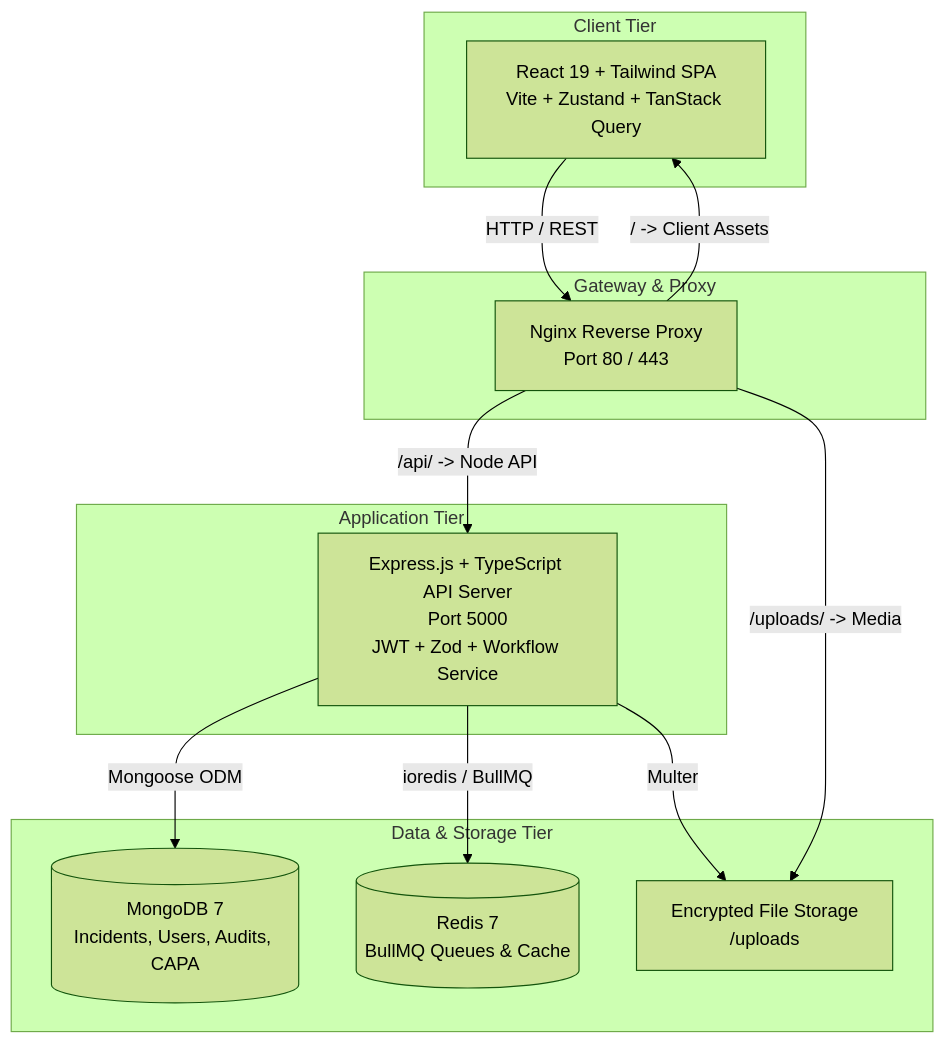
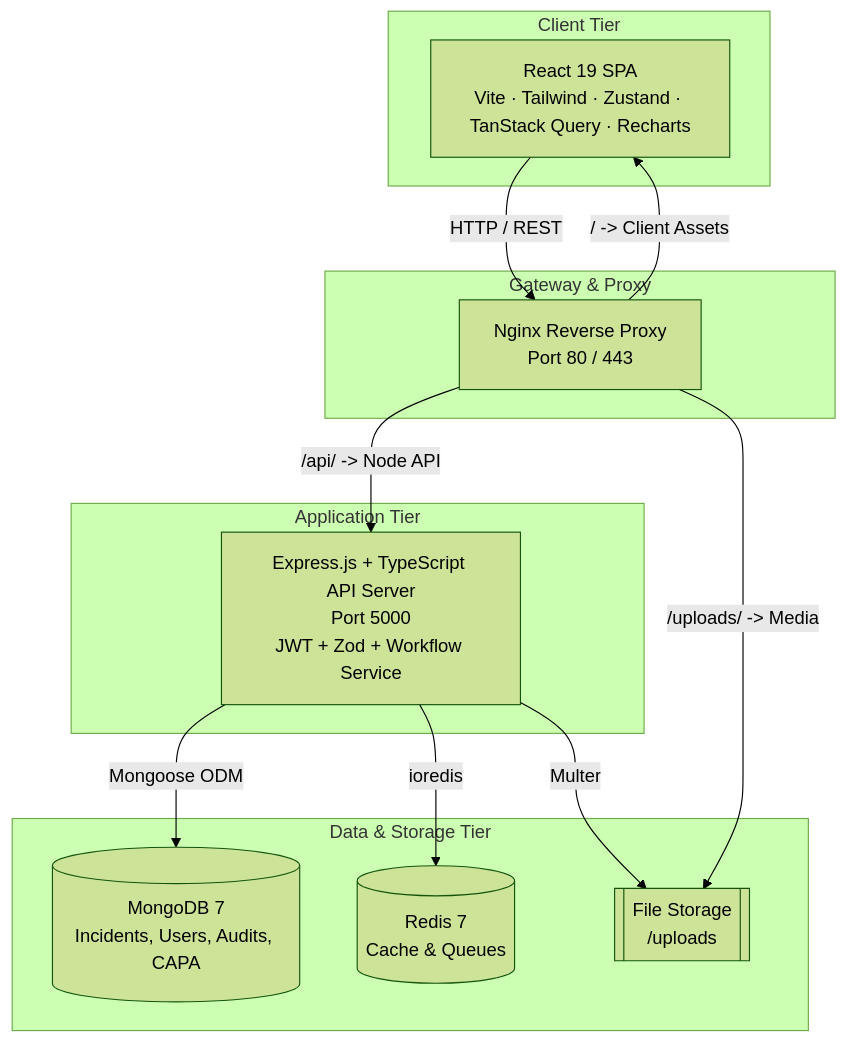
The first of 2 diagrams in README.md (eshanya2026/incident-reporting), drawn with Mermaid (forest theme) before and after one commit. The commit also changed other lines of this file and 116 other files, not shown here.

````diff
--- a/README.md
+++ b/README.md
@@ -86,28 +112,28 @@
 ```mermaid
 graph TD
     subgraph Client Tier
-        UI[React 19 + Tailwind SPA\nVite + Zustand + TanStack Query]
+        UI["React 19 SPA<br/>Vite · Tailwind · Zustand · TanStack Query · Recharts"]
     end
 
     subgraph Gateway & Proxy
-        NGINX[Nginx Reverse Proxy\nPort 80 / 443]
+        NGINX["Nginx Reverse Proxy<br/>Port 80 / 443"]
     end
 
     subgraph Application Tier
-        API[Express.js + TypeScript API Server\nPort 5000\nJWT + Zod + Workflow Service]
+        API["Express.js + TypeScript API Server<br/>Port 5000<br/>JWT + Zod + Workflow Service"]
     end
 
     subgraph Data & Storage Tier
-        MONGO[(MongoDB 7\nIncidents, Users, Audits, CAPA)]
-        REDIS[(Redis 7\nBullMQ Queues & Cache)]
-        UPLOADS[Encrypted File Storage\n/uploads]
+        MONGO[("MongoDB 7<br/>Incidents, Users, Audits, CAPA")]
+        REDIS[("Redis 7<br/>Cache & Queues")]
+        UPLOADS[["File Storage<br/>/uploads"]]
     end
 
     UI -->|HTTP / REST| NGINX
     NGINX -->|/ -> Client Assets| UI
     NGINX -->|/api/ -> Node API| API
     NGINX -->|/uploads/ -> Media| UPLOADS
     API -->|Mongoose ODM| MONGO
-    API -->|ioredis / BullMQ| REDIS
+    API -->|ioredis| REDIS
     API -->|Multer| UPLOADS
 ```
````
